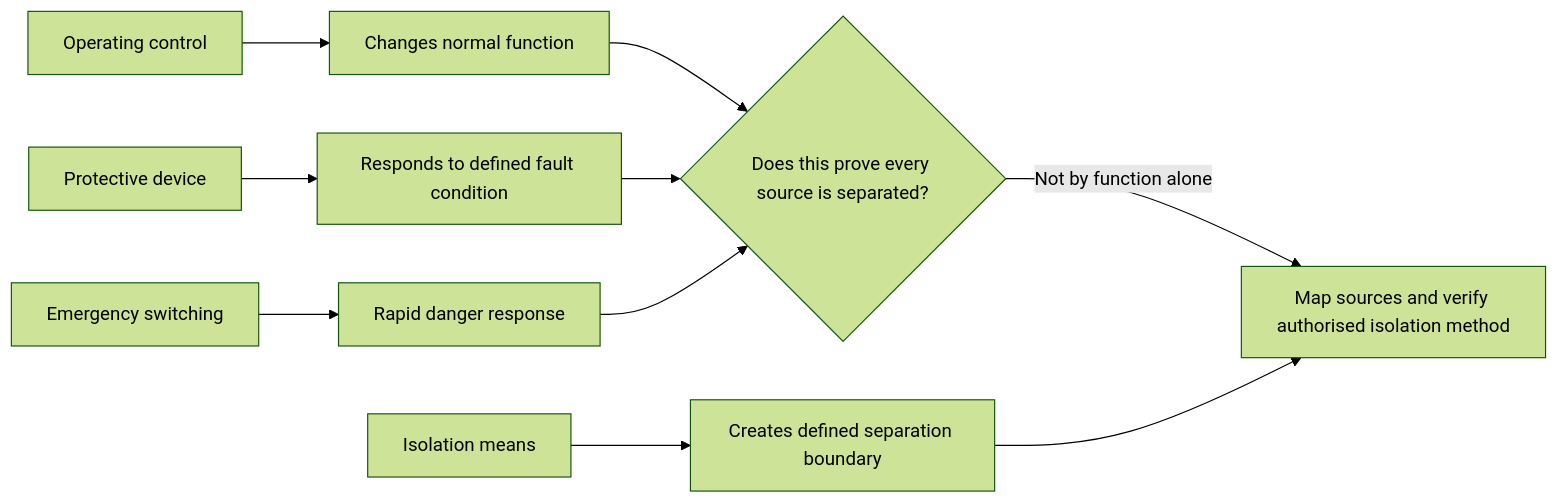
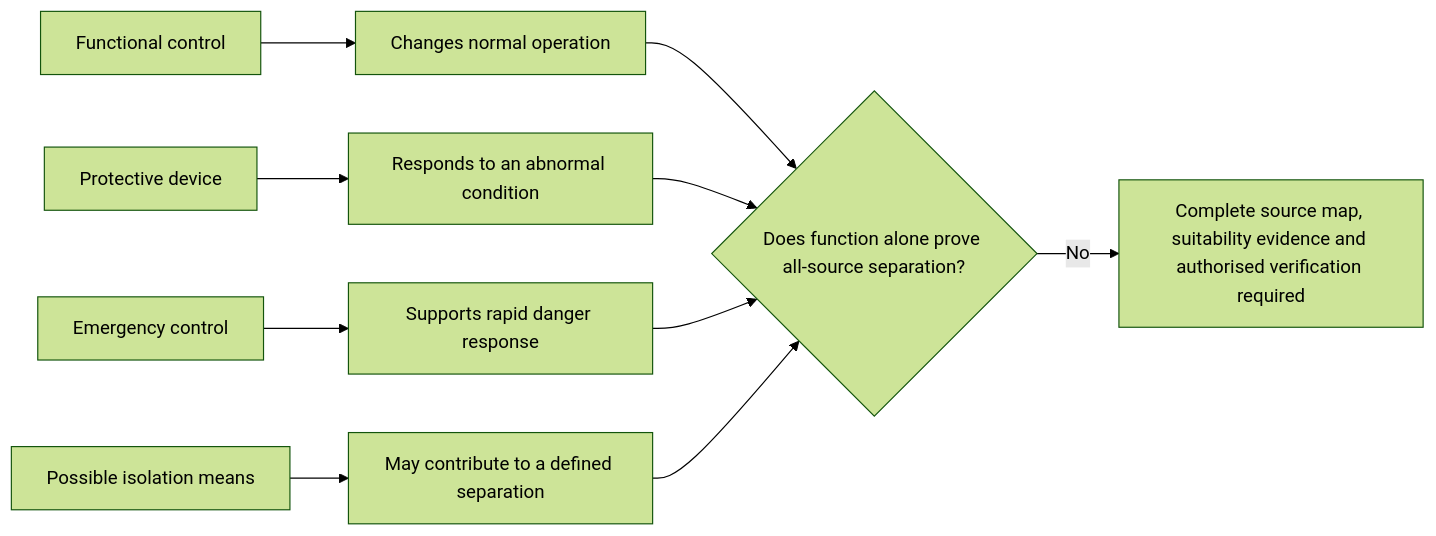
Before and after one commit to andrew3stedall/capstone: the second of 2 diagrams in docs/learning-plans/4-week/modules/day-13a-switching-isolation-and-main-switches.md, drawn with Mermaid (forest theme). The commit also changed other lines of this file, not shown here.

Commit message:
Improve Day 13A switching and isolation module

````diff
--- a/docs/learning-plans/4-week/modules/day-13a-switching-isolation-and-main-switches.md
+++ b/docs/learning-plans/4-week/modules/day-13a-switching-isolation-and-main-switches.md
@@ -163,12 +187,12 @@
 ```mermaid
 flowchart LR
-    O["Operating control"] --> F["Changes normal function"]
-    P["Protective device"] --> T["Responds to defined fault condition"]
-    E["Emergency switching"] --> R["Rapid danger response"]
-    I["Isolation means"] --> B["Creates defined separation boundary"]
-    F --> Q{"Does this prove every source is separated?"}
-    T --> Q
-    R --> Q
-    Q -->|"Not by function alone"| S["Map sources and verify authorised isolation method"]
-    B --> S
+    A["Functional control"] --> X["Changes normal operation"]
+    B["Protective device"] --> Y["Responds to an abnormal condition"]
+    C["Emergency control"] --> Z["Supports rapid danger response"]
+    D["Possible isolation means"] --> Q["May contribute to a defined separation"]
+    X --> R{"Does function alone prove all-source separation?"}
+    Y --> R
+    Z --> R
+    Q --> R
+    R -->|"No"| S["Complete source map, suitability evidence and authorised verification required"]
 ```
````
